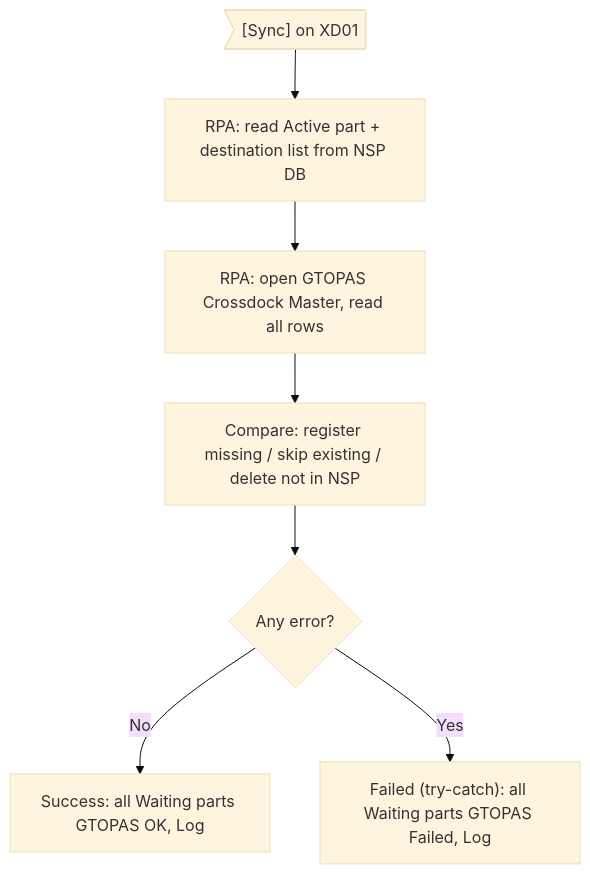
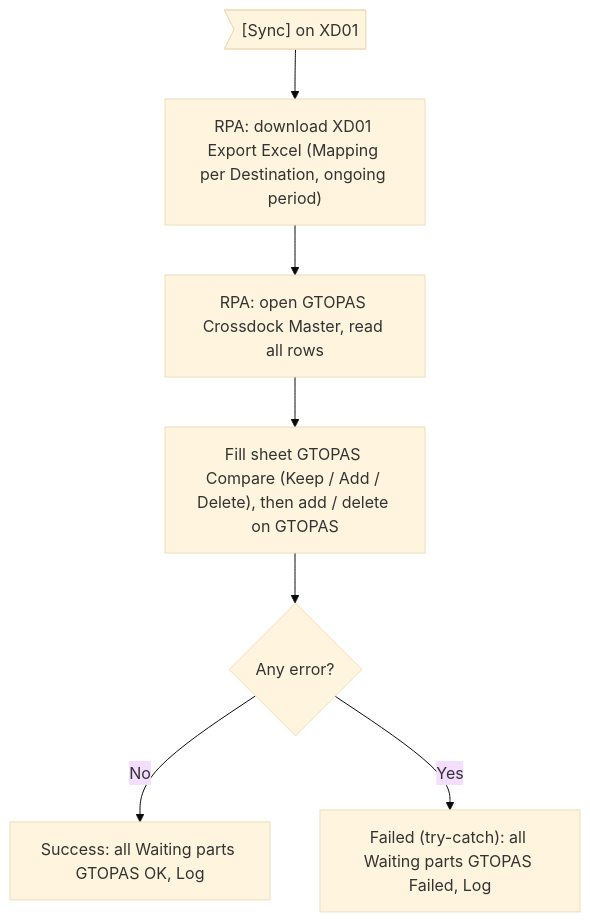
The first of 2 diagrams in prepare_code/uiss/XD06_Batch_IFCrossDockMasterToGTOPAS.md (ivanrayhannn/crossdockpoc), drawn with Mermaid (base theme) before and after one commit. The commit also changed other lines of this file and 18 other files, not shown here.

First line of the commit message:
[Sync] runs the RPA from the download: bot downloads the XD01 Excel, fills a work sheet, then GTOPAS / AP POLE

````diff
--- a/prepare_code/uiss/XD06_Batch_IFCrossDockMasterToGTOPAS.md
+++ b/prepare_code/uiss/XD06_Batch_IFCrossDockMasterToGTOPAS.md
@@ -26,16 +27,16 @@
 ```mermaid
 flowchart TB
   a>"[Sync] on XD01"]
-  b["RPA: read Active part + destination list from NSP DB"]
+  b["RPA: download XD01 Export Excel (Mapping per Destination, ongoing period)"]
   c["RPA: open GTOPAS Crossdock Master, read all rows"]
-  d["Compare: register missing / skip existing / delete not in NSP"]
+  d["Fill sheet GTOPAS Compare (Keep / Add / Delete), then add / delete on GTOPAS"]
   e{"Any error?"}
   f["Success: all Waiting parts GTOPAS OK, Log"]
   h["Failed (try-catch): all Waiting parts GTOPAS Failed, Log"]
   a --> b
   b --> c
   c --> d
   d --> e
   e -->|No| f
   e -->|Yes| h
 ```
````
